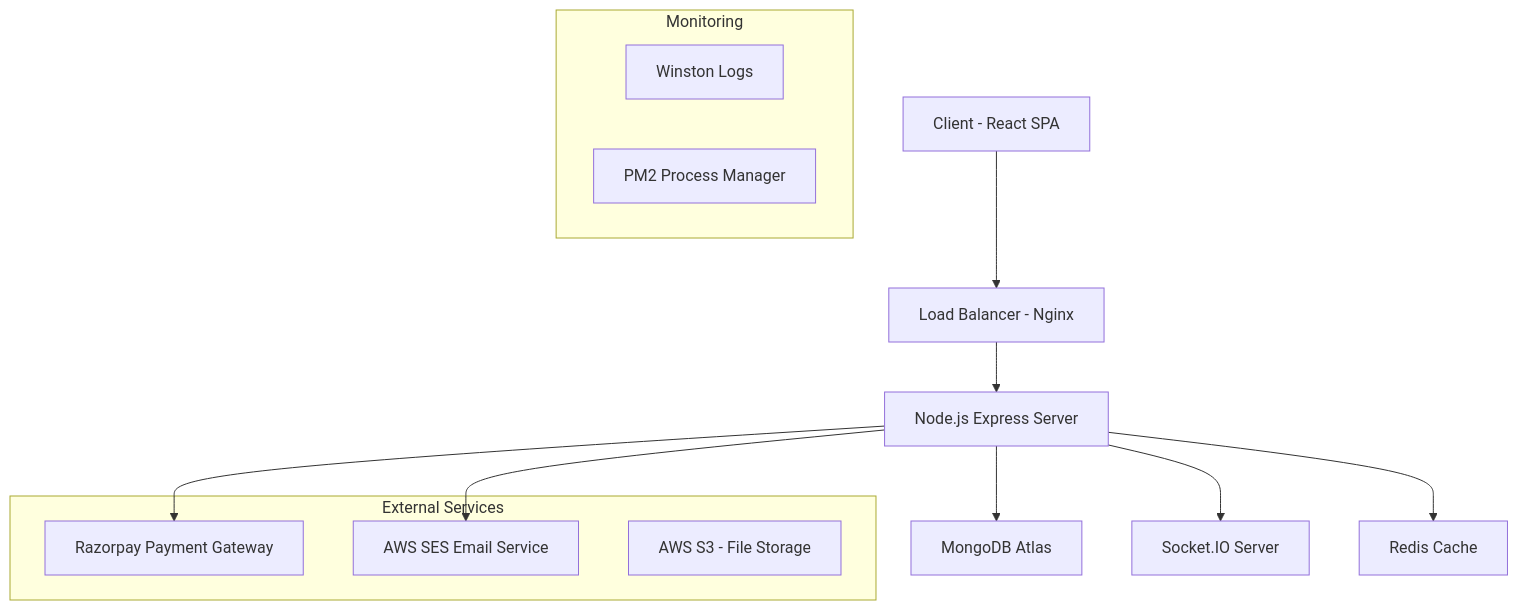
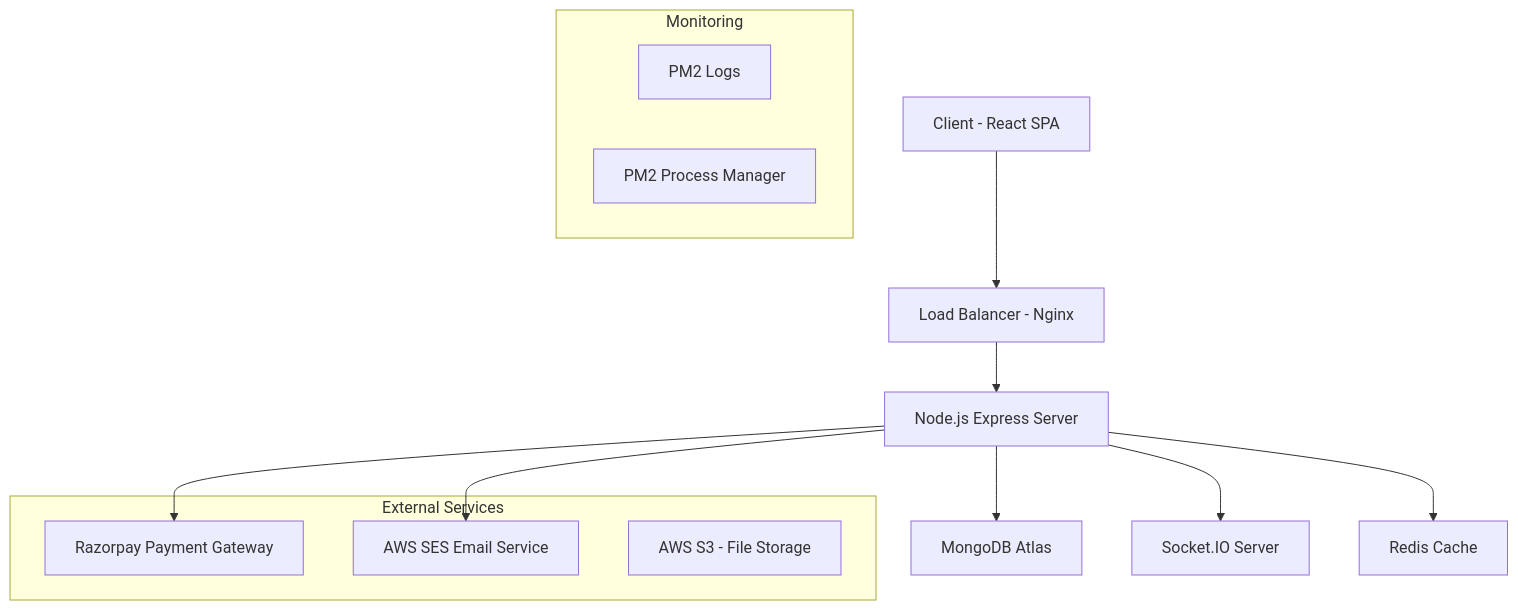
Before and after one commit to jsanjaikumar/Devdudes---FullStack-web-Application: the diagram in README.md, drawn with Mermaid.

Commit message:
changes in some parts

````diff
--- a/README.md
+++ b/README.md
@@ -93,21 +93,21 @@
 ```mermaid
 graph TB
     A[Client - React SPA] --> B[Load Balancer - Nginx]
     B --> C[Node.js Express Server]
     C --> D[MongoDB Atlas]
     C --> E[Socket.IO Server]
     C --> F[Razorpay Payment Gateway]
     C --> G[AWS SES Email Service]
     C --> H[Redis Cache]
 
     subgraph "External Services"
         F
         G
         I[AWS S3 - File Storage]
     end
 
     subgraph "Monitoring"
-        J[Winston Logs]
+        J[PM2 Logs]
         K[PM2 Process Manager]
     end
 ```
````
